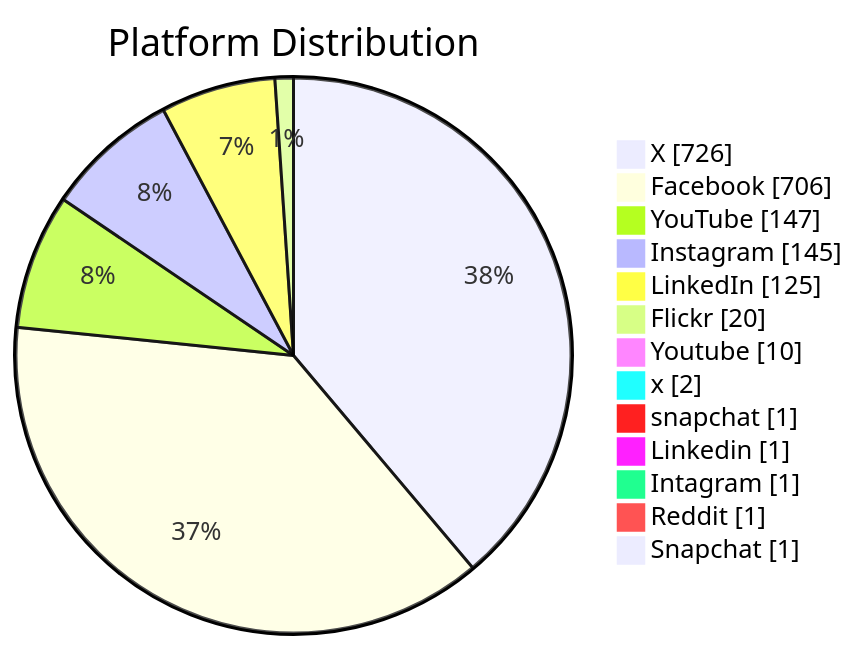
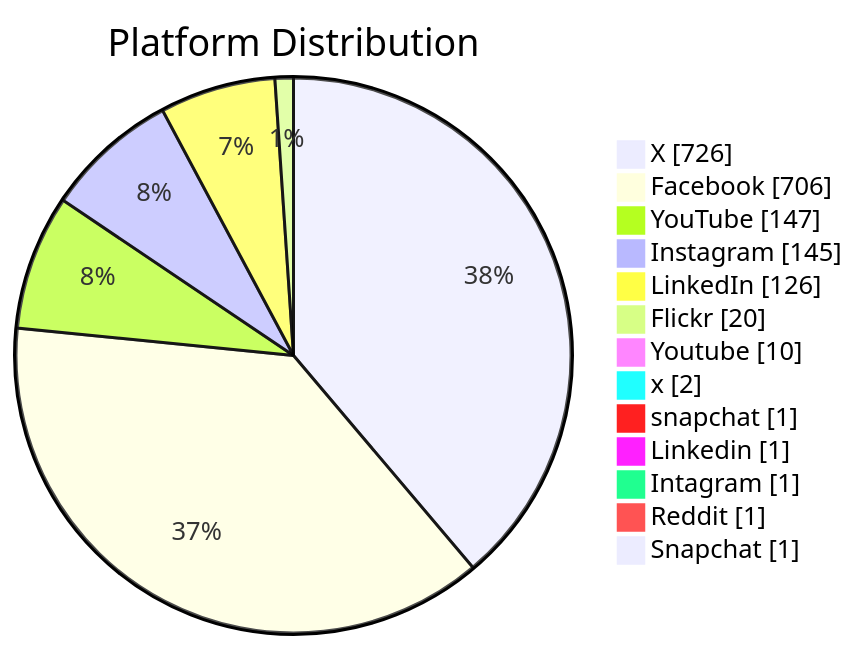
Before and after one commit to PatLittle/GC-Socials: the second of 6 diagrams in README.md, drawn with Mermaid. The commit also changed other lines of this file, not shown here.

Commit message:
Update README with Platform Distribution pie chart

````diff
--- a/README.md
+++ b/README.md
@@ -46,16 +46,16 @@
 ```mermaid
 pie showData title Platform Distribution
     "X": 726
     "Facebook": 706
     "YouTube": 147
     "Instagram": 145
-    "LinkedIn": 125
+    "LinkedIn": 126
     "Flickr": 20
     "Youtube": 10
     "x": 2
     "snapchat": 1
     "Linkedin": 1
     "Intagram": 1
     "Reddit": 1
     "Snapchat": 1
 ```
````
